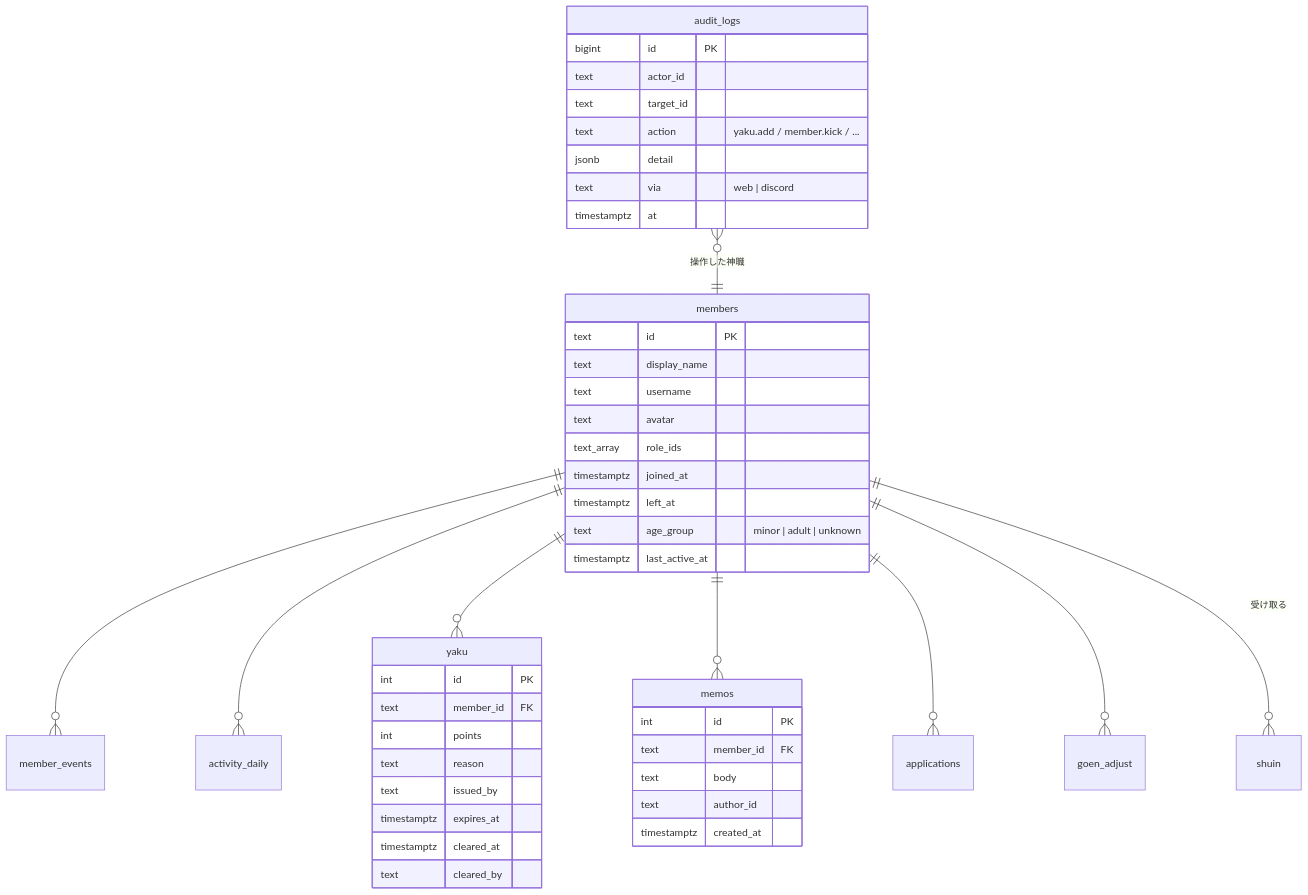
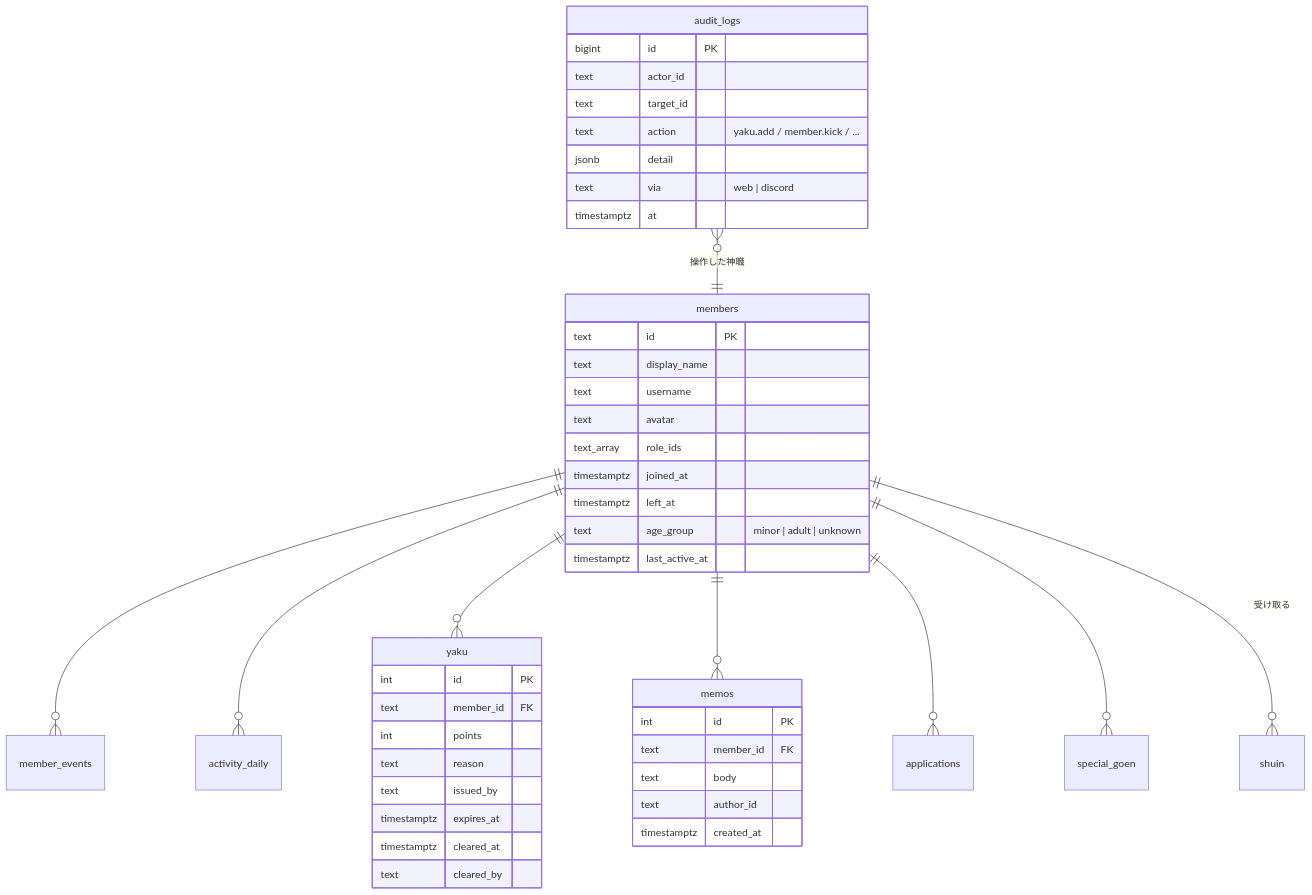
Before and after one commit to manakikido-jpg/evaluation: the second of 2 diagrams in docs/admin.md, drawn with Mermaid. The commit also changed other lines of this file and 17 other files, not shown here.

````diff
--- a/docs/admin.md
+++ b/docs/admin.md
@@ -676,48 +681,48 @@
 ```mermaid
 erDiagram
     members ||--o{ member_events : ""
     members ||--o{ activity_daily : ""
     members ||--o{ yaku : ""
     members ||--o{ memos : ""
     members ||--o{ applications : ""
-    members ||--o{ goen_adjust : ""
+    members ||--o{ special_goen : ""
     members ||--o{ shuin : "受け取る"
     audit_logs }o--|| members : "操作した神職"
     members {
       text id PK
       text display_name
       text username
       text avatar
       text_array role_ids
       timestamptz joined_at
       timestamptz left_at
       text age_group "minor | adult | unknown"
       timestamptz last_active_at
     }
     yaku {
       int id PK
       text member_id FK
       int points
       text reason
       text issued_by
       timestamptz expires_at
       timestamptz cleared_at
       text cleared_by
     }
     memos {
       int id PK
       text member_id FK
       text body
       text author_id
       timestamptz created_at
     }
     audit_logs {
       bigint id PK
       text actor_id
       text target_id
       text action "yaku.add / member.kick / ..."
       jsonb detail
       text via "web | discord"
       timestamptz at
     }
 ```
````
